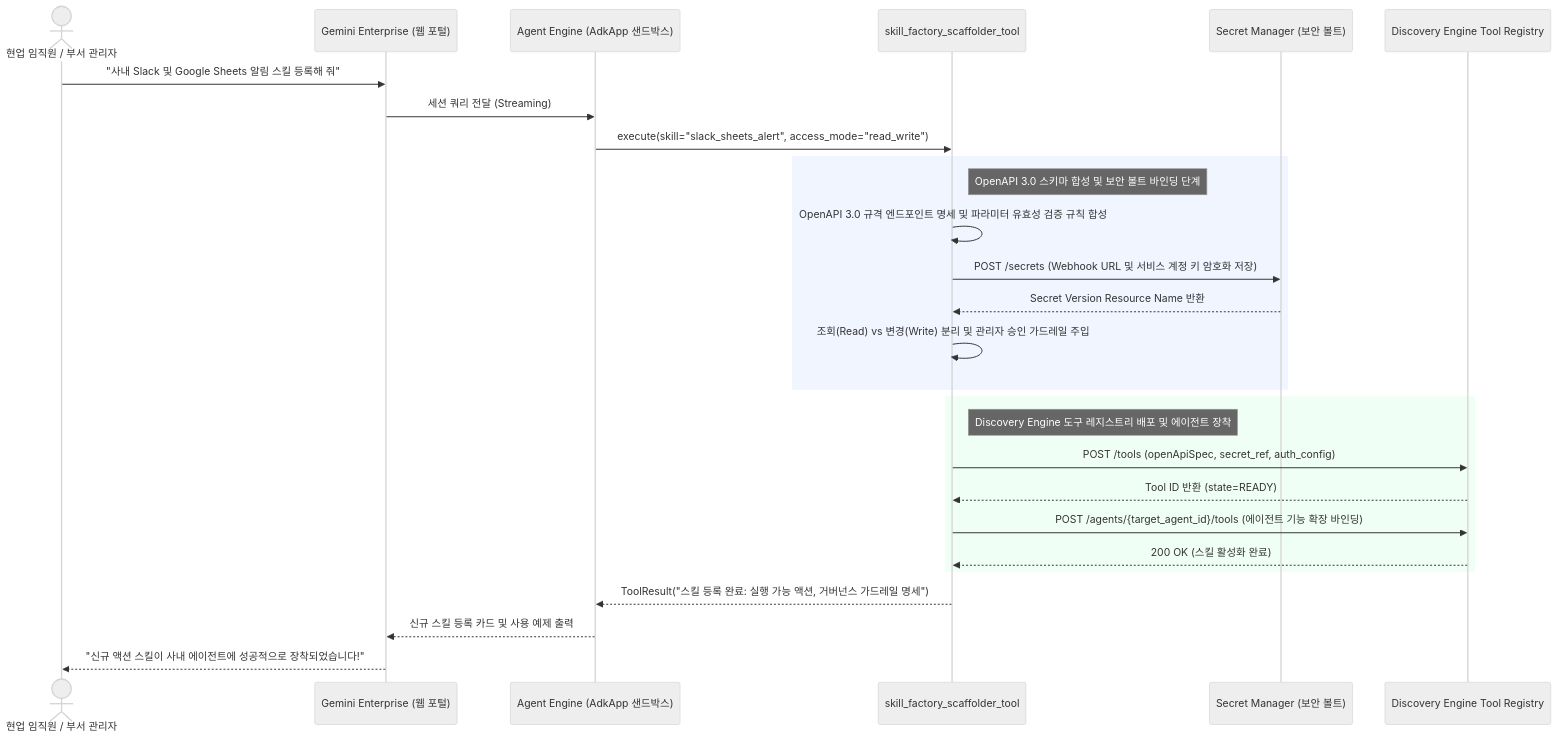
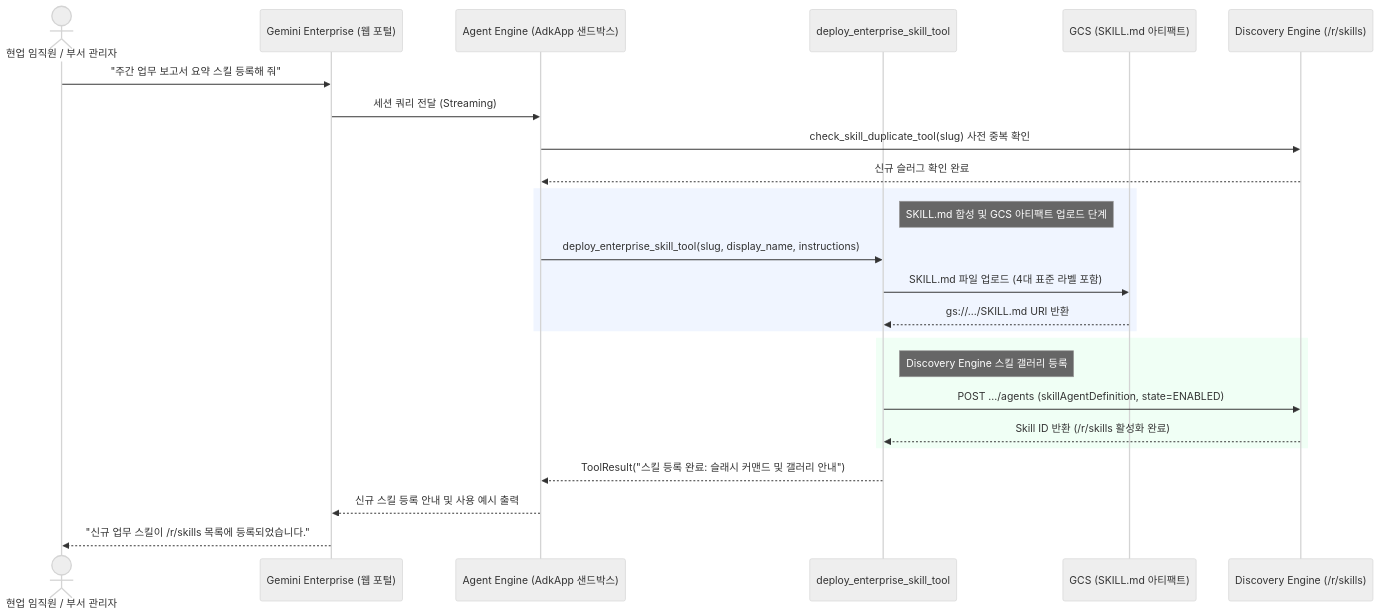
One commit to jiangjun-forge/google-cloud-0-to-1 changed the diagram in samples/gemini-enterprise-factory-skill/docs/TDD.md. Above: the diagram before and after it, drawn with Mermaid (neutral theme). The commit also changed other lines of this file and 39 other files, not shown here.

````diff
--- a/samples/gemini-enterprise-factory-skill/docs/TDD.md
+++ b/samples/gemini-enterprise-factory-skill/docs/TDD.md
@@ -23,33 +23,31 @@
 ```mermaid
 sequenceDiagram
     actor User as 현업 임직원 / 부서 관리자
     participant Portal as Gemini Enterprise (웹 포털)
     participant Engine as Agent Engine (AdkApp 샌드박스)
-    participant Tool as skill_factory_scaffolder_tool
-    participant SecretMgr as Secret Manager (보안 볼트)
-    participant DiscEng as Discovery Engine Tool Registry
+    participant Tool as deploy_enterprise_skill_tool
+    participant Storage as GCS (SKILL.md 아티팩트)
+    participant DiscEng as Discovery Engine (/r/skills)
 
-    User->>Portal: "사내 Slack 및 Google Sheets 알림 스킬 등록해 줘"
+    User->>Portal: "주간 업무 보고서 요약 스킬 등록해 줘"
     Portal->>Engine: 세션 쿼리 전달 (Streaming)
-    Engine->>Tool: execute(skill="slack_sheets_alert", access_mode="read_write")
+    Engine->>DiscEng: check_skill_duplicate_tool(slug) 사전 중복 확인
+    DiscEng-->>Engine: 신규 슬러그 확인 완료
 
     rect rgb(240, 245, 255)
-    note right of Tool: OpenAPI 3.0 스키마 합성 및 보안 볼트 바인딩 단계
-    Tool->>Tool: OpenAPI 3.0 규격 엔드포인트 명세 및 파라미터 유효성 검증 규칙 합성
-    Tool->>SecretMgr: POST /secrets (Webhook URL 및 서비스 계정 키 암호화 저장)
-    SecretMgr-->>Tool: Secret Version Resource Name 반환
-    Tool->>Tool: 조회(Read) vs 변경(Write) 분리 및 관리자 승인 가드레일 주입
+    note right of Tool: SKILL.md 합성 및 GCS 아티팩트 업로드 단계
+    Engine->>Tool: deploy_enterprise_skill_tool(slug, display_name, instructions)
+    Tool->>Storage: SKILL.md 파일 업로드 (4대 표준 라벨 포함)
+    Storage-->>Tool: gs://.../SKILL.md URI 반환
     end
 
     rect rgb(240, 255, 245)
-    note right of Tool: Discovery Engine 도구 레지스트리 배포 및 에이전트 장착
-    Tool->>DiscEng: POST /tools (openApiSpec, secret_ref, auth_config)
-    DiscEng-->>Tool: Tool ID 반환 (state=READY)
-    Tool->>DiscEng: POST /agents/{target_agent_id}/tools (에이전트 기능 확장 바인딩)
-    DiscEng-->>Tool: 200 OK (스킬 활성화 완료)
+    note right of Tool: Discovery Engine 스킬 갤러리 등록
+    Tool->>DiscEng: POST .../agents (skillAgentDefinition, state=ENABLED)
+    DiscEng-->>Tool: Skill ID 반환 (/r/skills 활성화 완료)
     end
 
-    Tool-->>Engine: ToolResult("스킬 등록 완료: 실행 가능 액션, 거버넌스 가드레일 명세")
-    Engine-->>Portal: 신규 스킬 등록 카드 및 사용 예제 출력
-    Portal-->>User: "신규 액션 스킬이 사내 에이전트에 성공적으로 장착되었습니다!"
+    Tool-->>Engine: ToolResult("스킬 등록 완료: 슬래시 커맨드 및 갤러리 안내")
+    Engine-->>Portal: 신규 스킬 등록 안내 및 사용 예시 출력
+    Portal-->>User: "신규 업무 스킬이 /r/skills 목록에 등록되었습니다."
 ```
````
